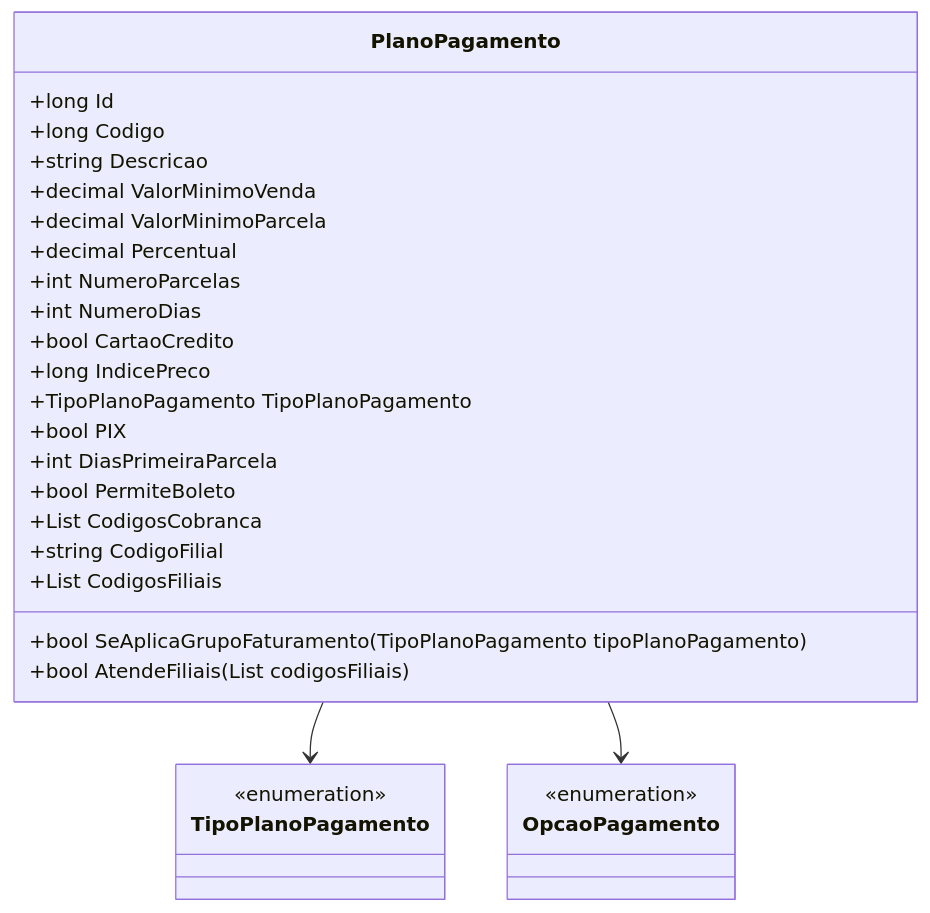
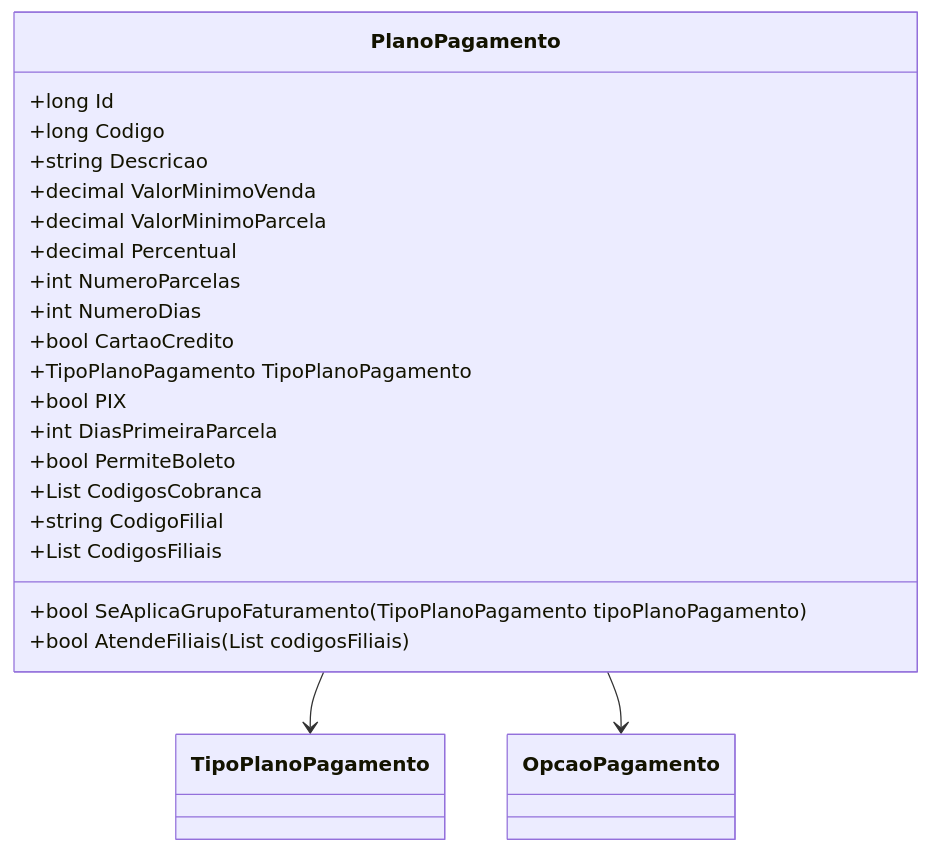
One commit to IsthmusSistemas/documentacao-tecnica changed the second of 2 diagrams in docs/b2b-dominio/IsthmusWinthor.Nucleo/IsthmusWinthor.Dominio/POCO/PlanoPagamento.md. Above: the diagram before and after it, drawn with Mermaid. The commit also changed other lines of this file and 882 other files, not shown here.

````diff
--- a/docs/b2b-dominio/IsthmusWinthor.Nucleo/IsthmusWinthor.Dominio/POCO/PlanoPagamento.md
+++ b/docs/b2b-dominio/IsthmusWinthor.Nucleo/IsthmusWinthor.Dominio/POCO/PlanoPagamento.md
@@ -82,35 +58,29 @@
 ```mermaid
 classDiagram
     class PlanoPagamento {
         +long Id
         +long Codigo
         +string Descricao
         +decimal ValorMinimoVenda
         +decimal ValorMinimoParcela
         +decimal Percentual
         +int NumeroParcelas
         +int NumeroDias
         +bool CartaoCredito
-        +long IndicePreco
         +TipoPlanoPagamento TipoPlanoPagamento
         +bool PIX
         +int DiasPrimeiraParcela
         +bool PermiteBoleto
         +List<string> CodigosCobranca
         +string CodigoFilial
         +List<string> CodigosFiliais
         +bool SeAplicaGrupoFaturamento(TipoPlanoPagamento tipoPlanoPagamento)
         +bool AtendeFiliais(List<string> codigosFiliais)
     }
-
-    class TipoPlanoPagamento {
-        <<enumeration>>
-    }
-
-    class OpcaoPagamento {
-        <<enumeration>>
-    }
+    
+    class TipoPlanoPagamento { }
+    class OpcaoPagamento { }
 
     PlanoPagamento --> TipoPlanoPagamento
     PlanoPagamento --> OpcaoPagamento
 ```
````
